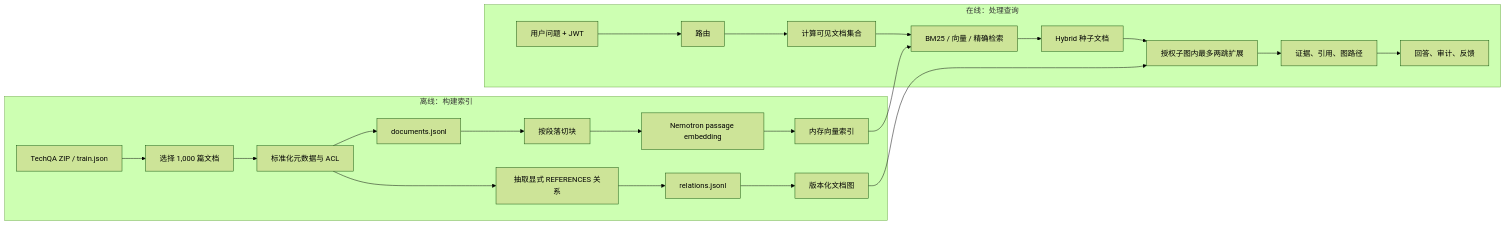
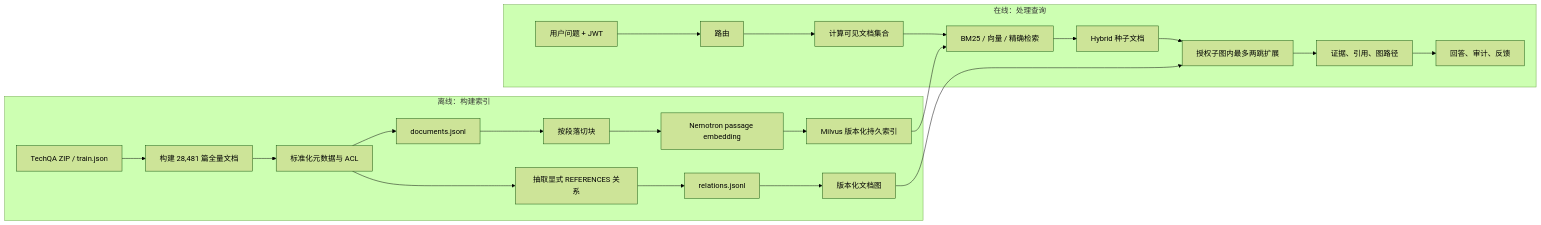
One commit to StagoMax/enterprise-rag-p1 changed the first of 2 diagrams in docs/06-端到端实现原理与教学.md. Above: the diagram before and after it, drawn with Mermaid (forest theme). The commit also changed other lines of this file and 89 other files, not shown here.

````diff
--- a/docs/06-端到端实现原理与教学.md
+++ b/docs/06-端到端实现原理与教学.md
@@ -30,27 +33,27 @@
 ```mermaid
 flowchart LR
     subgraph OFFLINE["离线：构建索引"]
-        A["TechQA ZIP / train.json"] --> B["选择 1,000 篇文档"]
+        A["TechQA ZIP / train.json"] --> B["构建 28,481 篇全量文档"]
         B --> C["标准化元数据与 ACL"]
         C --> D["documents.jsonl"]
         C --> E["抽取显式 REFERENCES 关系"]
         E --> F["relations.jsonl"]
         D --> G["按段落切块"]
         G --> H["Nemotron passage embedding"]
-        H --> I["内存向量索引"]
+        H --> I["Milvus 版本化持久索引"]
         F --> J["版本化文档图"]
     end
 
     subgraph ONLINE["在线：处理查询"]
         Q["用户问题 + JWT"] --> R["路由"]
         R --> ACL["计算可见文档集合"]
         ACL --> K["BM25 / 向量 / 精确检索"]
         K --> S["Hybrid 种子文档"]
         S --> X["授权子图内最多两跳扩展"]
         X --> O["证据、引用、图路径"]
         O --> Z["回答、审计、反馈"]
     end
 
     I --> K
     J --> X
 ```
````
